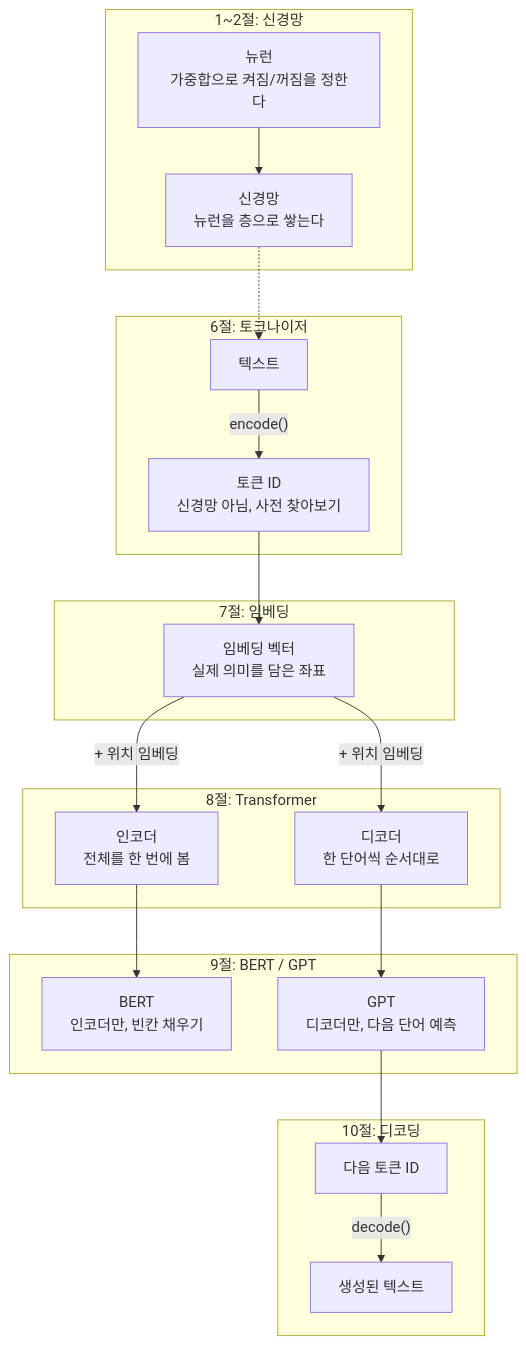
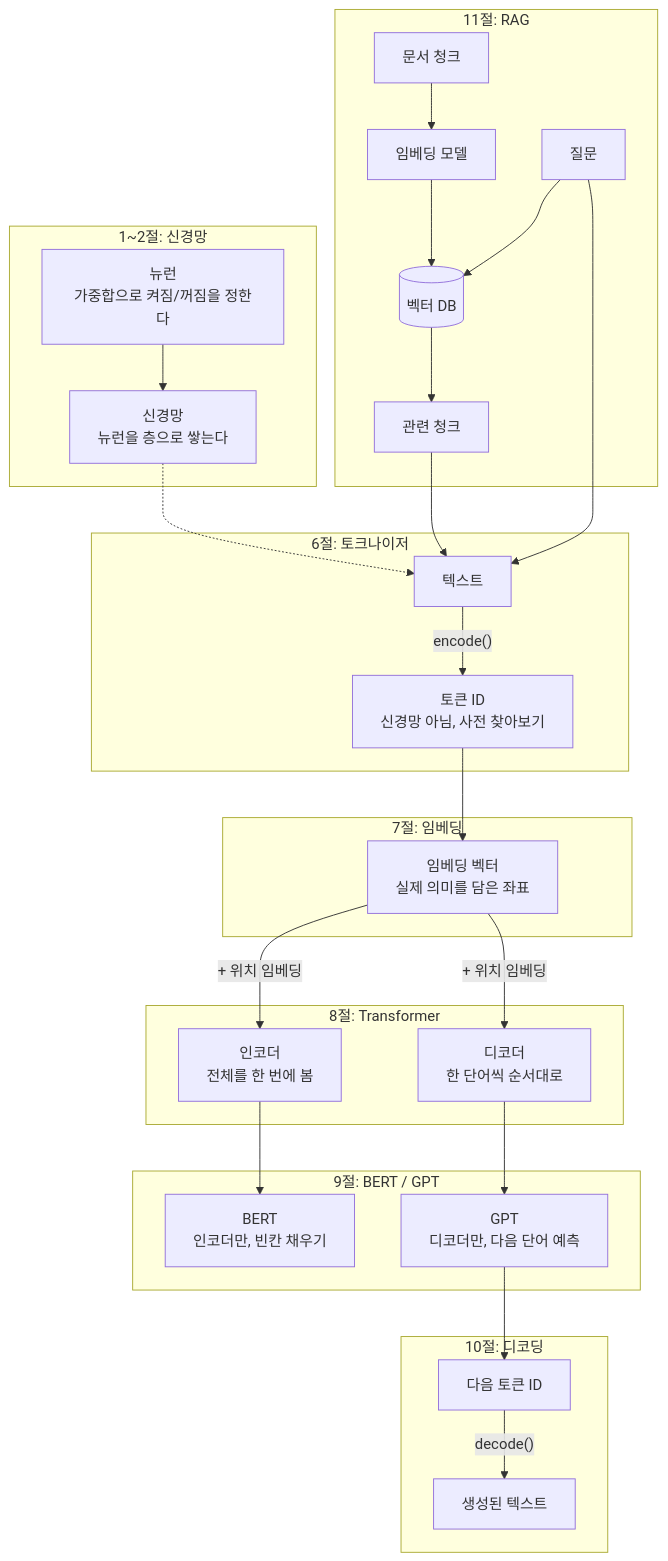
Before and after one commit to K-Diger/k-diger.github.io: the first of 5 diagrams in _posts/2026-09-02-perceptron-linear-separability-llm.md, drawn with Mermaid. The commit also changed other lines of this file, not shown here.

First line of the commit message:
content: 큰 그림에 RAG 반영, 파라미터 수의 의미 추가, RAG 다이어그램 안전하게 재구성

````diff
--- a/_posts/2026-09-02-perceptron-linear-separability-llm.md
+++ b/_posts/2026-09-02-perceptron-linear-separability-llm.md
@@ -51,42 +51,51 @@
 ```mermaid
 flowchart TB
+    subgraph S6["11절: RAG"]
+        RDOC["문서 청크"] --> REMB["임베딩 모델"]
+        REMB --> RDB[("벡터 DB")]
+        RQ["질문"] --> RDB
+        RDB --> RCTX["관련 청크"]
+    end
+
     subgraph S0["1~2절: 신경망"]
         N["뉴런<br/>가중합으로 켜짐/꺼짐을 정한다"]
         NN["신경망<br/>뉴런을 층으로 쌓는다"]
         N --> NN
     end
 
     subgraph S1["6절: 토크나이저"]
         TXT["텍스트"]
         TID["토큰 ID<br/>신경망 아님, 사전 찾아보기"]
         TXT -- "encode()" --> TID
     end
 
     subgraph S2["7절: 임베딩"]
         VEC["임베딩 벡터<br/>실제 의미를 담은 좌표"]
     end
 
     subgraph S3["8절: Transformer"]
         ENC["인코더<br/>전체를 한 번에 봄"]
         DEC["디코더<br/>한 단어씩 순서대로"]
     end
 
     subgraph S4["9절: BERT / GPT"]
         BERT["BERT<br/>인코더만, 빈칸 채우기"]
         GPT["GPT<br/>디코더만, 다음 단어 예측"]
     end
 
     subgraph S5["10절: 디코딩"]
         NEXT["다음 토큰 ID"]
         OUT["생성된 텍스트"]
         NEXT -- "decode()" --> OUT
     end
 
+    RQ --> TXT
+    RCTX --> TXT
     NN -.-> TXT
     TID --> VEC
     VEC -- "+ 위치 임베딩" --> ENC
     VEC -- "+ 위치 임베딩" --> DEC
     ENC --> BERT
     DEC --> GPT
     GPT --> NEXT
 ```
````
